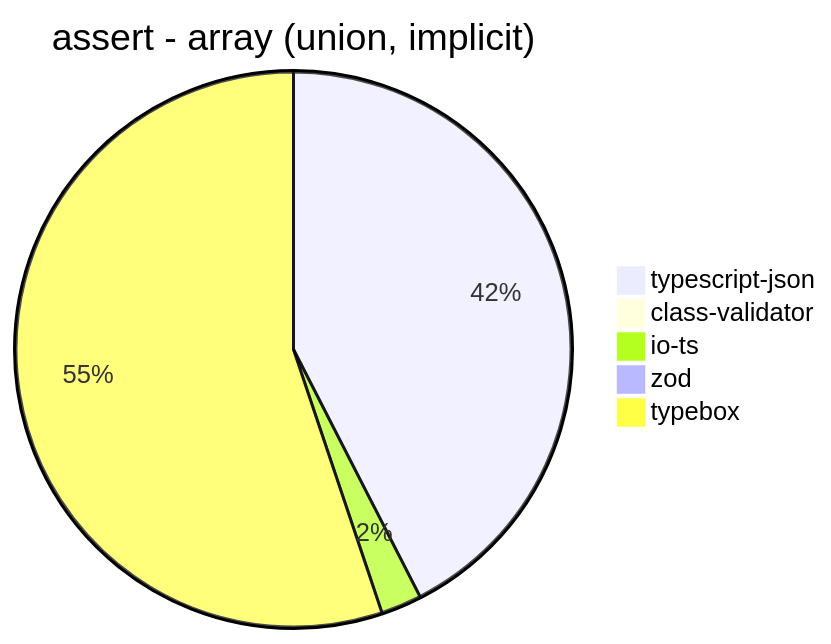
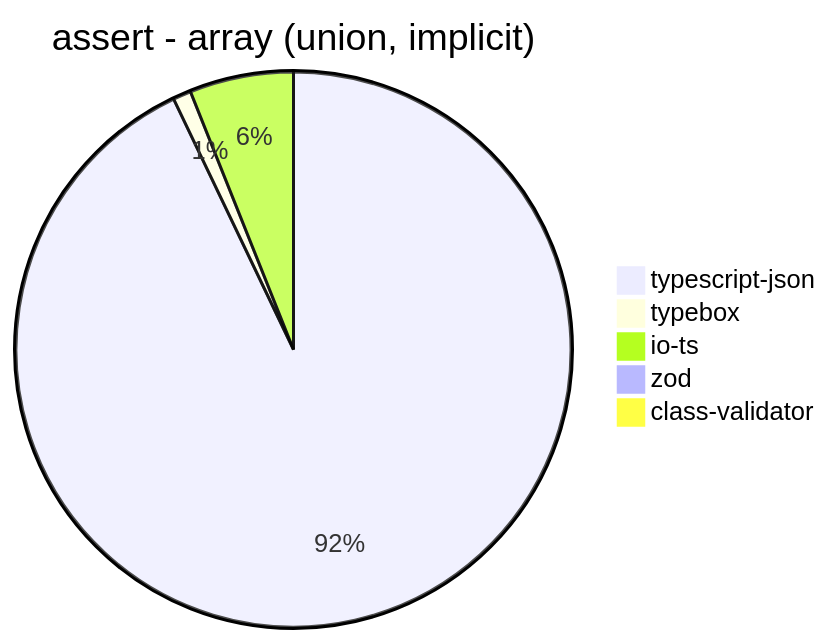
Before and after one commit to samchon/typia: diagram 15 of 39 in benchmark/results/AMD Ryzen 7 3700X 8-Core Processor.md, drawn with Mermaid. The commit also changed other lines of this file and 10 other files, not shown here.

````diff
--- a/benchmark/results/AMD Ryzen 7 3700X 8-Core Processor.md
+++ b/benchmark/results/AMD Ryzen 7 3700X 8-Core Processor.md
@@ -186,8 +194,8 @@
 ```mermaid
 pie title assert - array (union, implicit)
-  "typescript-json": 1399.2402315484806
-  "class-validator": 7.277477141257697
-  "io-ts": 78.16561455625695
-  "zod": 3.0109145652992098
-  "typebox": 1817.3702808257394
+  "typescript-json": 1361.6478308421438
+  "typebox": 15.422230581154786
+  "io-ts": 88.69014346934974
+  "zod": 3.014318010550113
+  "class-validator": 6.907834939101981
 ```
````
